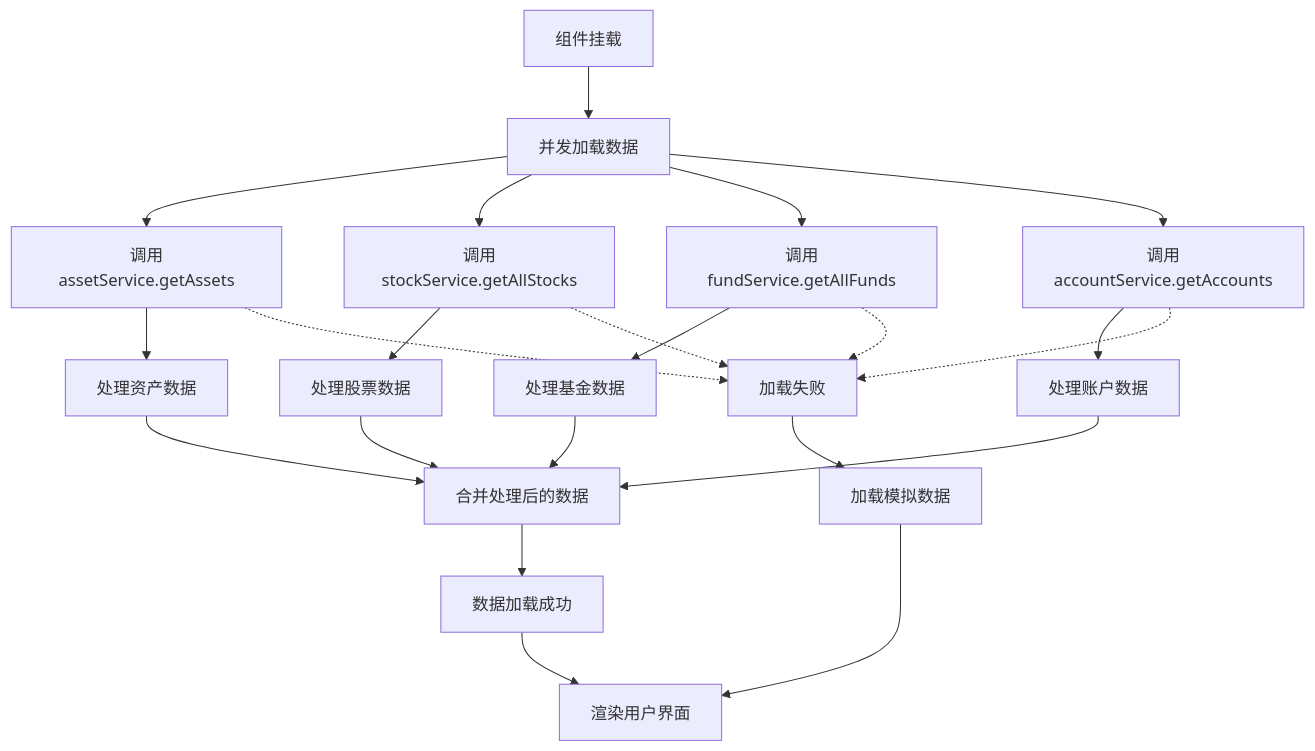
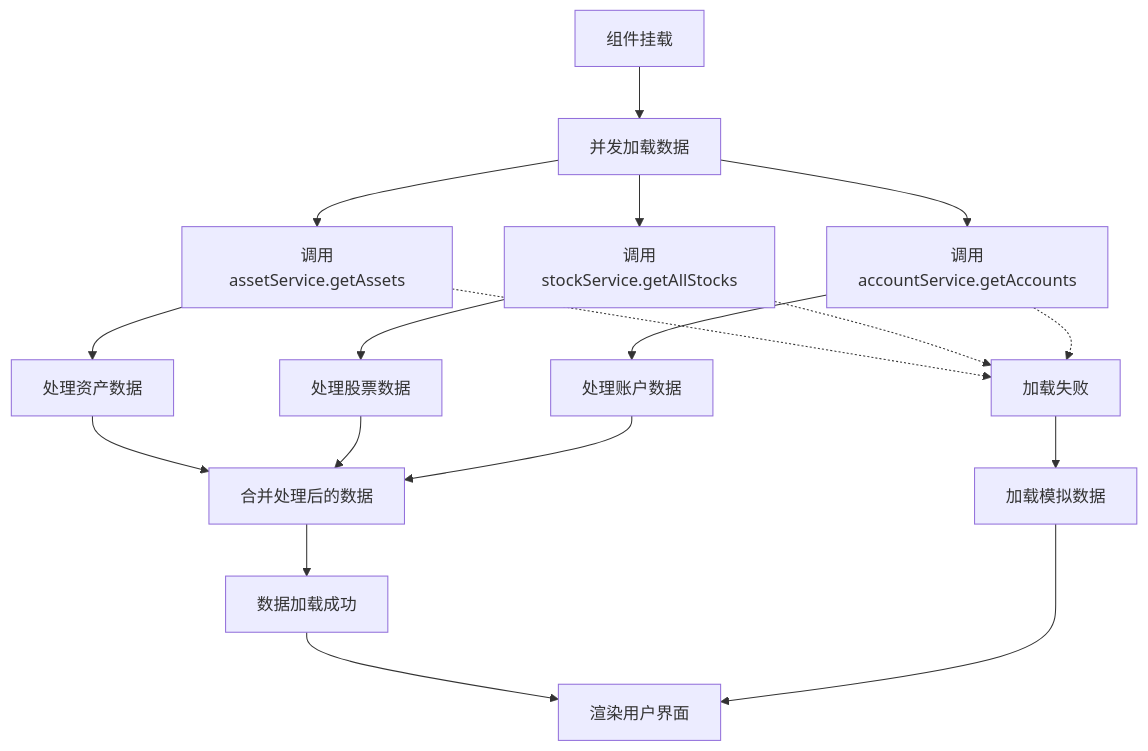
The ninth of 17 diagrams in .qoder/repowiki/zh/content/资产管理/资产总览.md (xiao-lin-unit/yuan), drawn with Mermaid before and after one commit. The commit also changed other lines of this file and 14 other files, not shown here.

````diff
--- a/.qoder/repowiki/zh/content/资产管理/资产总览.md
+++ b/.qoder/repowiki/zh/content/资产管理/资产总览.md
@@ -409,24 +380,20 @@
 ```mermaid
 flowchart TD
 Start[组件挂载] --> ParallelLoad[并发加载数据]
 ParallelLoad --> LoadAssets[调用assetService.getAssets]
 ParallelLoad --> LoadStocks[调用stockService.getAllStocks]
-ParallelLoad --> LoadFunds[调用fundService.getAllFunds]
 ParallelLoad --> LoadAccounts[调用accountService.getAccounts]
 LoadAssets --> ProcessAssets[处理资产数据]
 LoadStocks --> ProcessStocks[处理股票数据]
-LoadFunds --> ProcessFunds[处理基金数据]
 LoadAccounts --> ProcessAccounts[处理账户数据]
 ProcessAssets --> CombineData[合并处理后的数据]
 ProcessStocks --> CombineData
-ProcessFunds --> CombineData
 ProcessAccounts --> CombineData
 CombineData --> Success[数据加载成功]
 Success --> RenderUI[渲染用户界面]
 LoadAssets -.-> Error[加载失败]
 LoadStocks -.-> Error
-LoadFunds -.-> Error
 LoadAccounts -.-> Error
 Error --> MockData[加载模拟数据]
 MockData --> RenderUI
 ```
````
